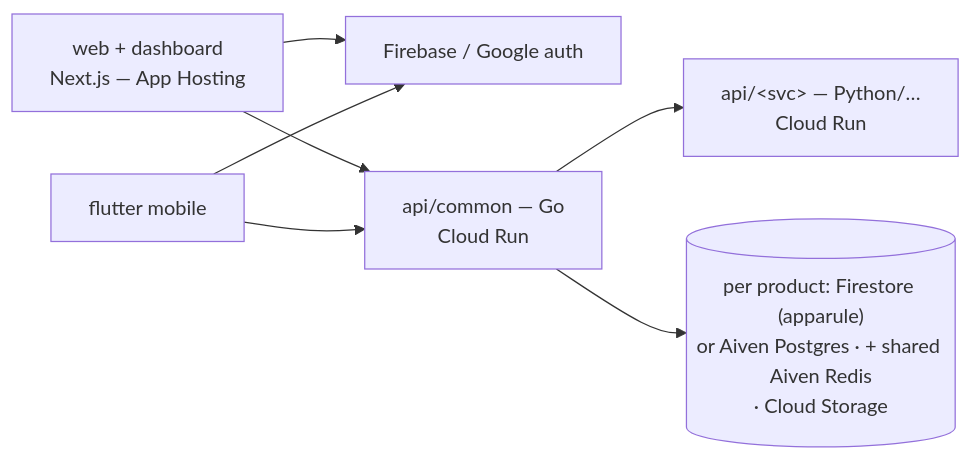
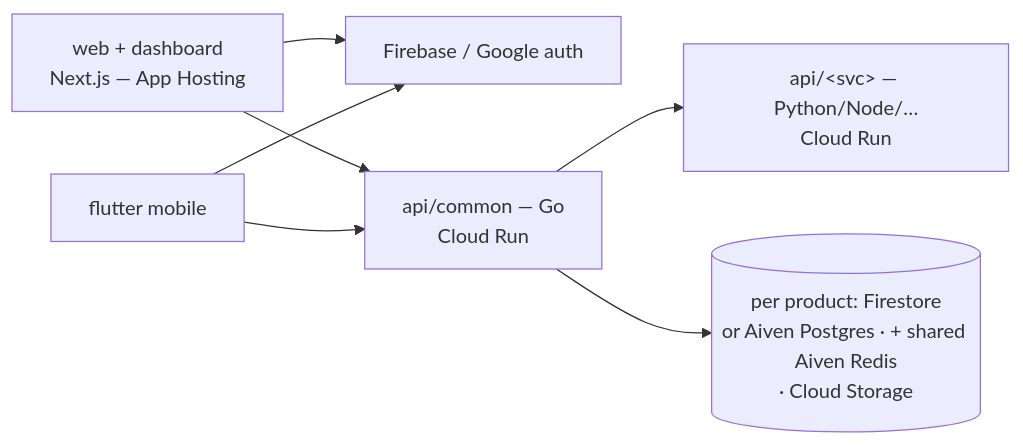
One commit to siyanbolagiggs1/oss-engineering-standards changed the diagram in skills/cuelabs-engineering-standards/references/organization-policy.md. Above: the diagram before and after it, drawn with Mermaid. The commit also changed other lines of this file and 14 other files, not shown here.

````diff
--- a/skills/cuelabs-engineering-standards/references/organization-policy.md
+++ b/skills/cuelabs-engineering-standards/references/organization-policy.md
@@ -13,9 +18,9 @@
 ```mermaid
 flowchart LR
     WEB[web + dashboard<br/>Next.js — App Hosting] --> FB[Firebase / Google auth]
     MOB[flutter mobile] --> FB
     WEB --> AC[api/common — Go<br/>Cloud Run]
     MOB --> AC
-    AC --> SVC["api/&lt;svc&gt; — Python/…<br/>Cloud Run"]
-    AC --> DATA[("per product: Firestore (apparule)<br/>or Aiven Postgres · + shared Aiven Redis<br/>· Cloud Storage")]
+    AC --> SVC["api/&lt;svc&gt; — Python/Node/…<br/>Cloud Run"]
+    AC --> DATA[("per product: Firestore<br/>or Aiven Postgres · + shared Aiven Redis<br/>· Cloud Storage")]
 ```
````
